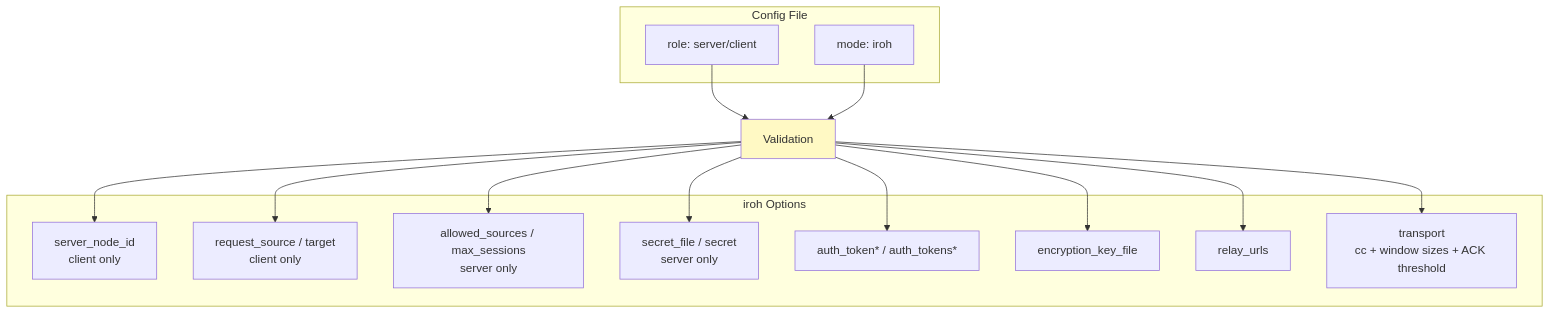
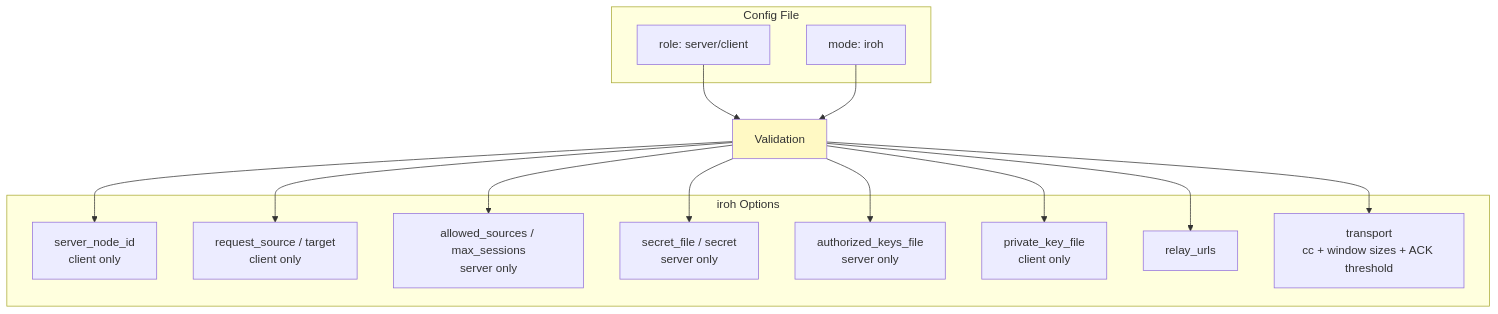
The tenth of 22 diagrams in docs/ARCHITECTURE.md (andrewtheguy/tunnel-rs), drawn with Mermaid before and after one commit. The commit also changed other lines of this file and 26 other files, not shown here.

Commit message:
Replace token auth with Ed25519 public-key authentication

````diff
--- a/docs/ARCHITECTURE.md
+++ b/docs/ARCHITECTURE.md
@@ -343,31 +344,31 @@
 ```mermaid
 graph TB
     subgraph "Config File"
         A[role: server/client]
         B[mode: iroh]
     end
 
     subgraph "iroh Options"
         C[server_node_id<br/>client only]
         D[request_source / target<br/>client only]
         E[allowed_sources / max_sessions<br/>server only]
         F[secret_file / secret<br/>server only]
-        G[auth_token* / auth_tokens*]
-        H[encryption_key_file]
+        G[authorized_keys_file<br/>server only]
+        H[private_key_file<br/>client only]
         I[relay_urls]
         J[transport<br/>cc + window sizes + ACK threshold]
     end
 
     A --> S[Validation]
     B --> S
     S --> C
     S --> D
     S --> E
     S --> F
     S --> G
     S --> H
     S --> I
     S --> J
 
     style S fill:#FFF9C4
 ```
````
